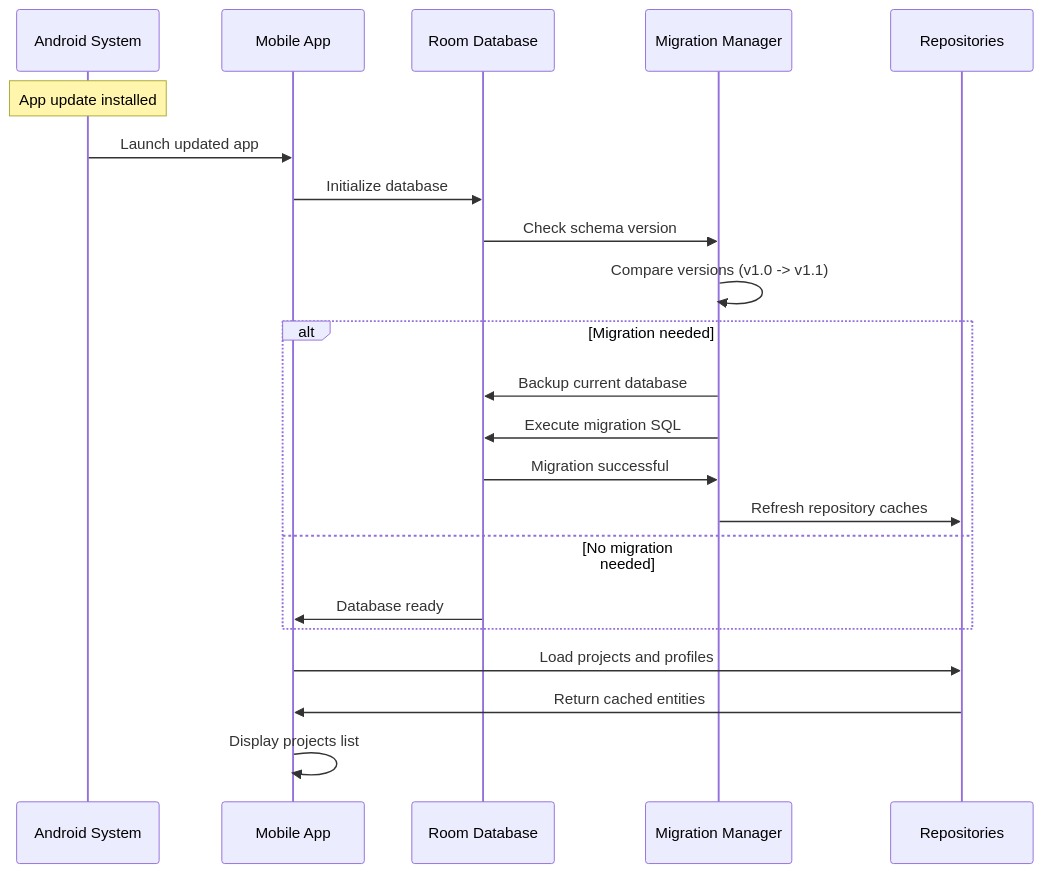
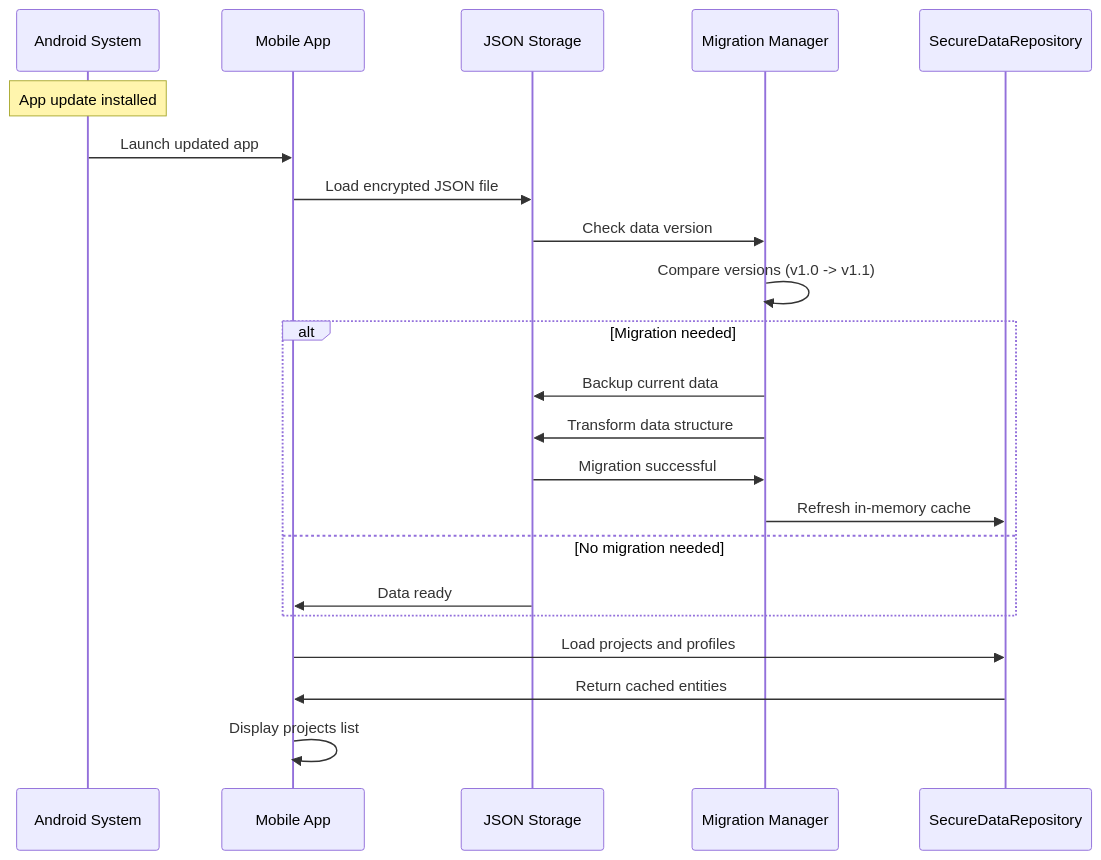
Diagram 11 of 15 in documentation/project.spec.md (bebsworthy/pocket_agent), drawn with Mermaid before and after one commit. The commit also changed other lines of this file and 26 other files, not shown here.

````diff
--- a/documentation/project.spec.md
+++ b/documentation/project.spec.md
@@ -578,27 +571,27 @@
 ```mermaid
 sequenceDiagram
     participant A as Android System
     participant M as Mobile App
-    participant DB as Room Database
+    participant JS as JSON Storage
     participant MIG as Migration Manager
-    participant REPO as Repositories
+    participant REPO as SecureDataRepository
     
     Note over A: App update installed
     A->>M: Launch updated app
-    M->>DB: Initialize database
-    DB->>MIG: Check schema version
+    M->>JS: Load encrypted JSON file
+    JS->>MIG: Check data version
     MIG->>MIG: Compare versions (v1.0 -> v1.1)
     
     alt Migration needed
-        MIG->>DB: Backup current database
-        MIG->>DB: Execute migration SQL
-        DB->>MIG: Migration successful
-        MIG->>REPO: Refresh repository caches
+        MIG->>JS: Backup current data
+        MIG->>JS: Transform data structure
+        JS->>MIG: Migration successful
+        MIG->>REPO: Refresh in-memory cache
     else No migration needed
-        DB->>M: Database ready
+        JS->>M: Data ready
     end
     
     M->>REPO: Load projects and profiles
     REPO->>M: Return cached entities
     M->>M: Display projects list
 ```
````
